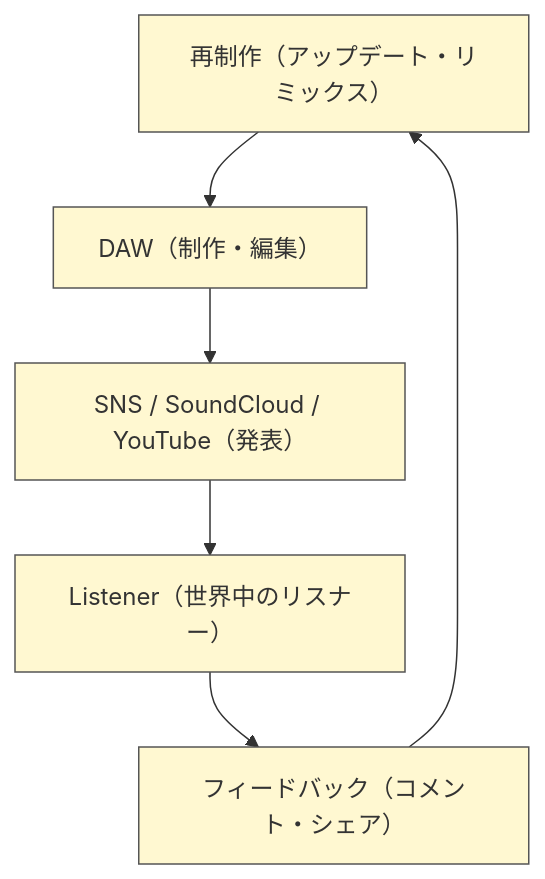
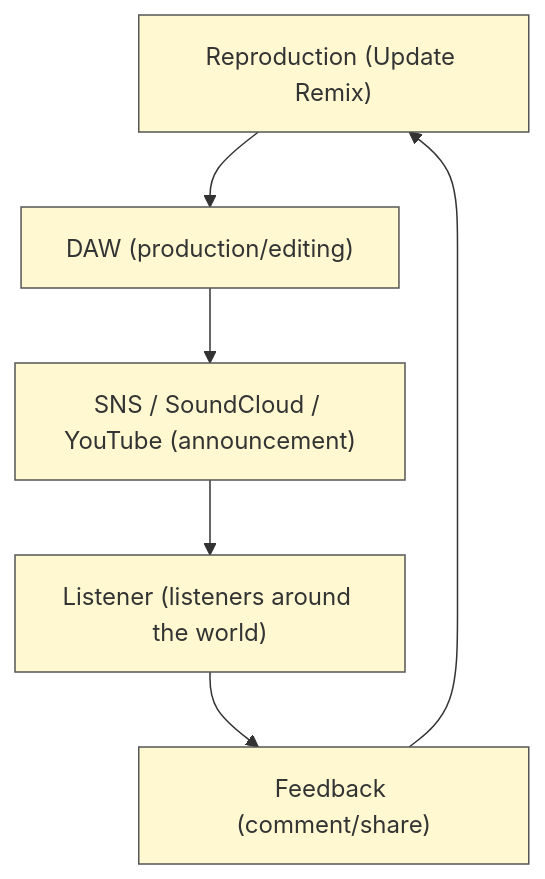
Before and after one commit to monumental-movement/monumental-movement.github.io: the first of 2 diagrams in en/_posts/2025-10-23-column-bedroom-producer-era.md, drawn with Mermaid. The commit also changed other lines of this file and 152 other files, not shown here.

```diff
--- a/en/_posts/2025-10-23-column-bedroom-producer-era.md
+++ b/en/_posts/2025-10-23-column-bedroom-producer-era.md
@@ -137,12 +137,12 @@
 <div class="mermaid">
 
 flowchart TD
-    A["Bedroom（個人空間）"] --> B["DAW（制作・編集）"]
-    B --> C["SNS / SoundCloud / YouTube（発表）"]
-    C --> D["Listener（世界中のリスナー）"]
-    D --> E["フィードバック（コメント・シェア）"]
-    E --> A["再制作（アップデート・リミックス）"]
+    A["Bedroom"] --> B["DAW (production/editing)"]
+    B --> C["SNS / SoundCloud / YouTube (announcement)"]
+    C --> D["Listener (listeners around the world)"]
+    D --> E["Feedback (comment/share)"]
+    E --> A["Reproduction (Update Remix)"]
     classDef default fill:#fff8d1,stroke:#555,color:#333;
 
 
 </div>
```
